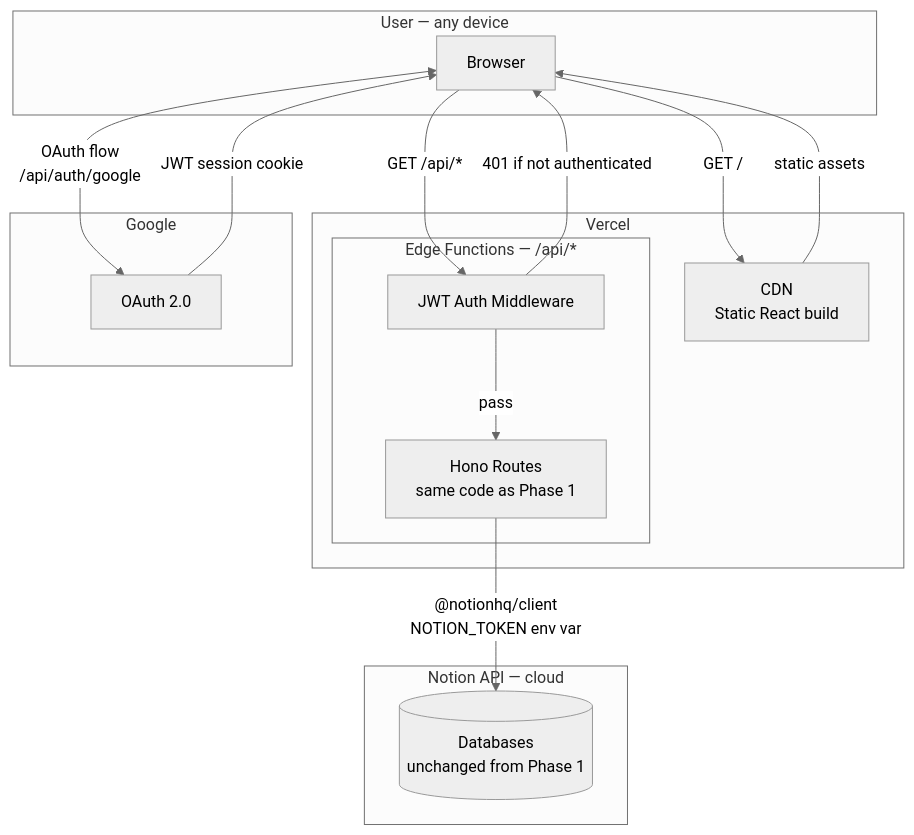
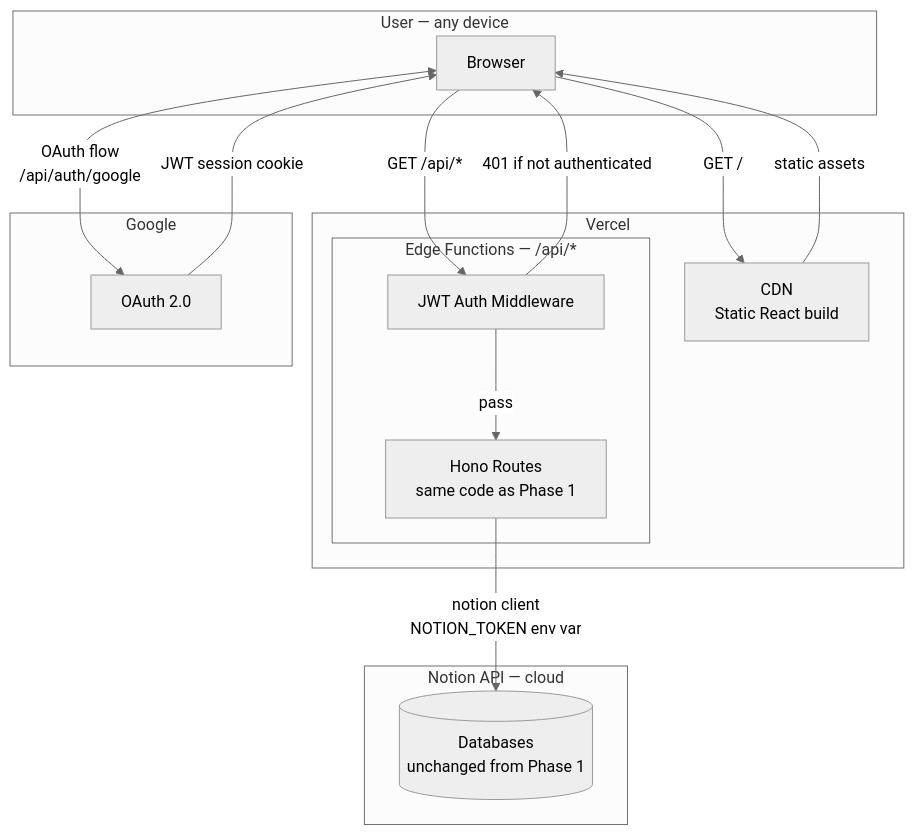
One commit to eziosantori/trading-journal changed the second of 8 diagrams in docs/DIAGRAMS.md. Above: the diagram before and after it, drawn with Mermaid (neutral theme). The commit also changed other lines of this file, not shown here.

Commit message:
fix: remove @ from Mermaid edge labels (parse error)

````diff
--- a/docs/DIAGRAMS.md
+++ b/docs/DIAGRAMS.md
@@ -63,31 +63,31 @@
 ```mermaid
 graph TB
     subgraph User["User — any device"]
         BR[Browser]
     end
 
     subgraph Vercel["Vercel"]
         CDN["CDN\nStatic React build"]
         subgraph Edge["Edge Functions — /api/*"]
             AUTH[JWT Auth Middleware]
             ROUTES[Hono Routes\nsame code as Phase 1]
         end
     end
 
     subgraph Google["Google"]
         OAUTH[OAuth 2.0]
     end
 
     subgraph NotionAPI["Notion API — cloud"]
         DBS[(Databases\nunchanged from Phase 1)]
     end
 
     BR -->|"GET /"| CDN
     CDN -->|"static assets"| BR
     BR -->|"GET /api/*"| AUTH
     AUTH -->|"401 if not authenticated"| BR
     AUTH -->|"pass"| ROUTES
     BR <-->|"OAuth flow\n/api/auth/google"| OAUTH
     OAUTH -->|"JWT session cookie"| BR
-    ROUTES -->|"@notionhq/client\nNOTION_TOKEN env var"| DBS
+    ROUTES -->|"notion client\nNOTION_TOKEN env var"| DBS
 ```
````
